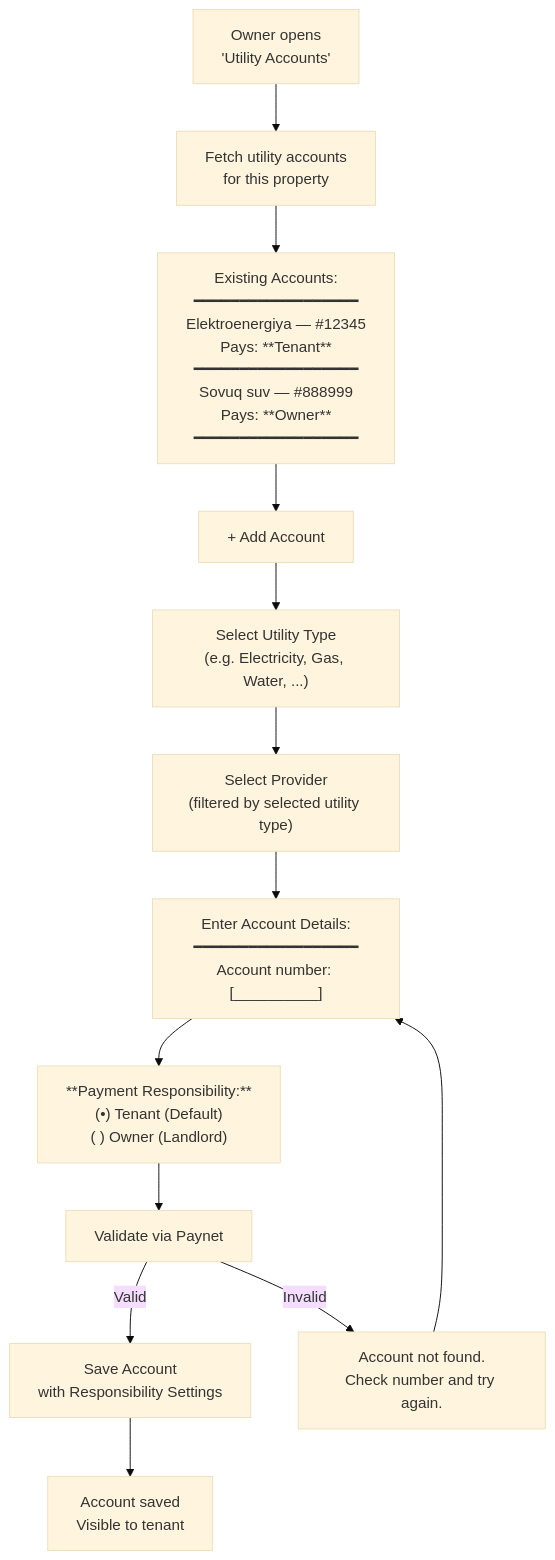
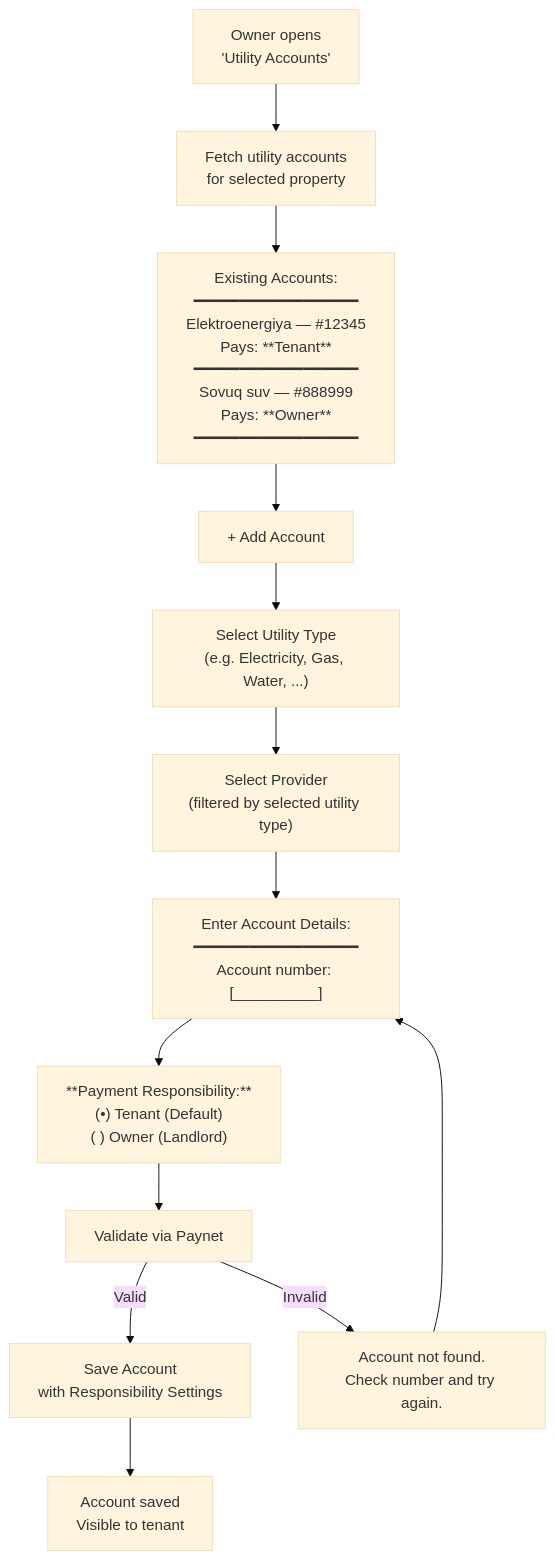
Before and after one commit to saodatm-dev/Utilities---Informational-Architecture: the seventh of 12 diagrams in Utilities - Business Owner.md, drawn with Mermaid (base theme). The commit also changed other lines of this file, not shown here.

Commit message:
refactor: Refine billing automation descriptions, update dashboard alerts, remove tenant bill notifications, and clarify non-metered utility settlement.

````diff
--- a/Utilities - Business Owner.md
+++ b/Utilities - Business Owner.md
@@ -242,24 +240,24 @@
 ```mermaid
 flowchart TD
-    ACCOUNTS["Owner opens<br/>'Utility Accounts'"] --> LOAD["Fetch utility accounts<br/>for this property"]
+    ACCOUNTS["Owner opens<br/>'Utility Accounts'"] --> LOAD["Fetch utility accounts<br/>for selected property"]
 
     LOAD --> LIST["Existing Accounts:<br/>━━━━━━━━━━━━━━━━━━<br/>Elektroenergiya — #12345<br/>  Pays: **Tenant**<br/>━━━━━━━━━━━━━━━━━━<br/>Sovuq suv — #888999<br/>  Pays: **Owner**<br/>━━━━━━━━━━━━━━━━━━"]
 
     LIST --> ADD["+ Add Account"]
 
     ADD --> UTIL_CAT["Select Utility Type<br/>(e.g. Electricity, Gas, Water, ...)"]
 
     UTIL_CAT --> PROVIDER["Select Provider<br/>(filtered by selected utility type)"]
 
     PROVIDER --> INPUT_ACC["Enter Account Details:<br/>━━━━━━━━━━━━━━━━━━<br/>Account number: [__________]"]
 
     INPUT_ACC --> RESP_TOGGLE["**Payment Responsibility:**<br/>(•) Tenant (Default)<br/>( ) Owner (Landlord)"]
 
     RESP_TOGGLE --> VALIDATE["Validate via Paynet"]
 
     VALIDATE -->|"Valid"| SAVE["Save Account<br/>with Responsibility Settings"]
     VALIDATE -->|"Invalid"| NOT_FOUND["Account not found.<br/>Check number and try again."]
     NOT_FOUND --> INPUT_ACC
 
     SAVE --> SAVED["Account saved<br/>Visible to tenant"]
 ```
````
